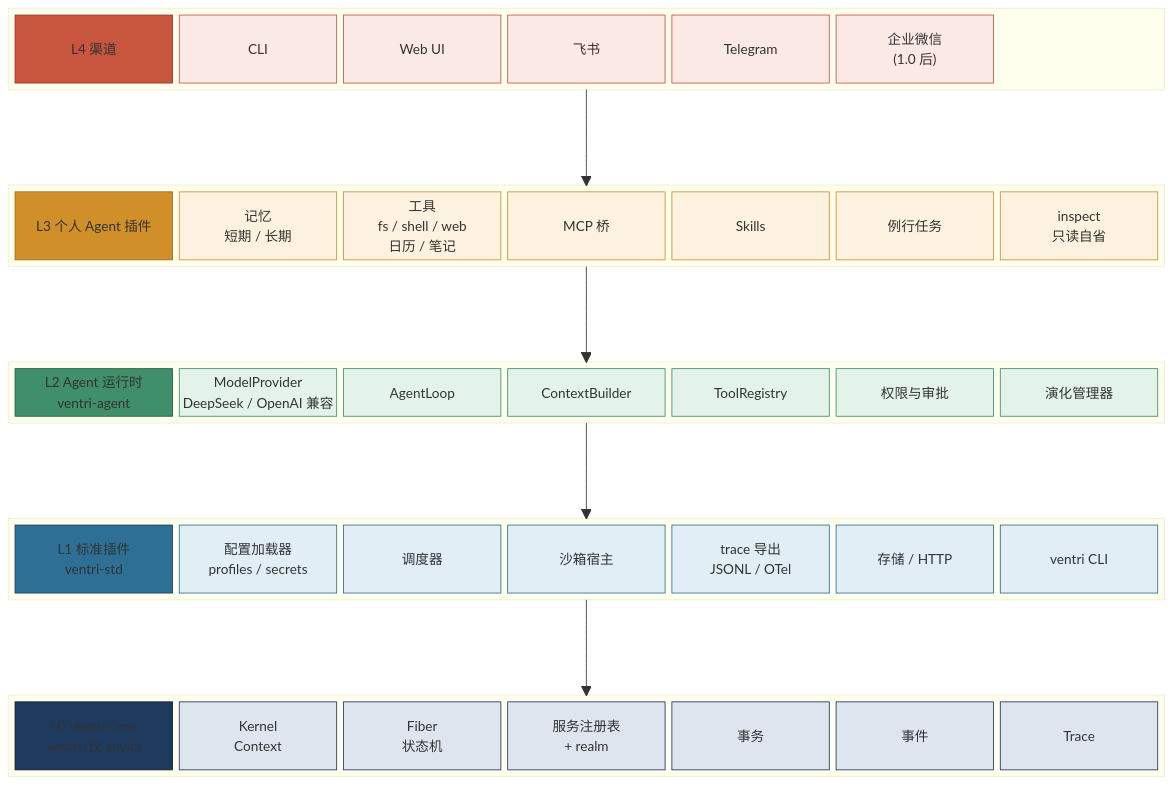
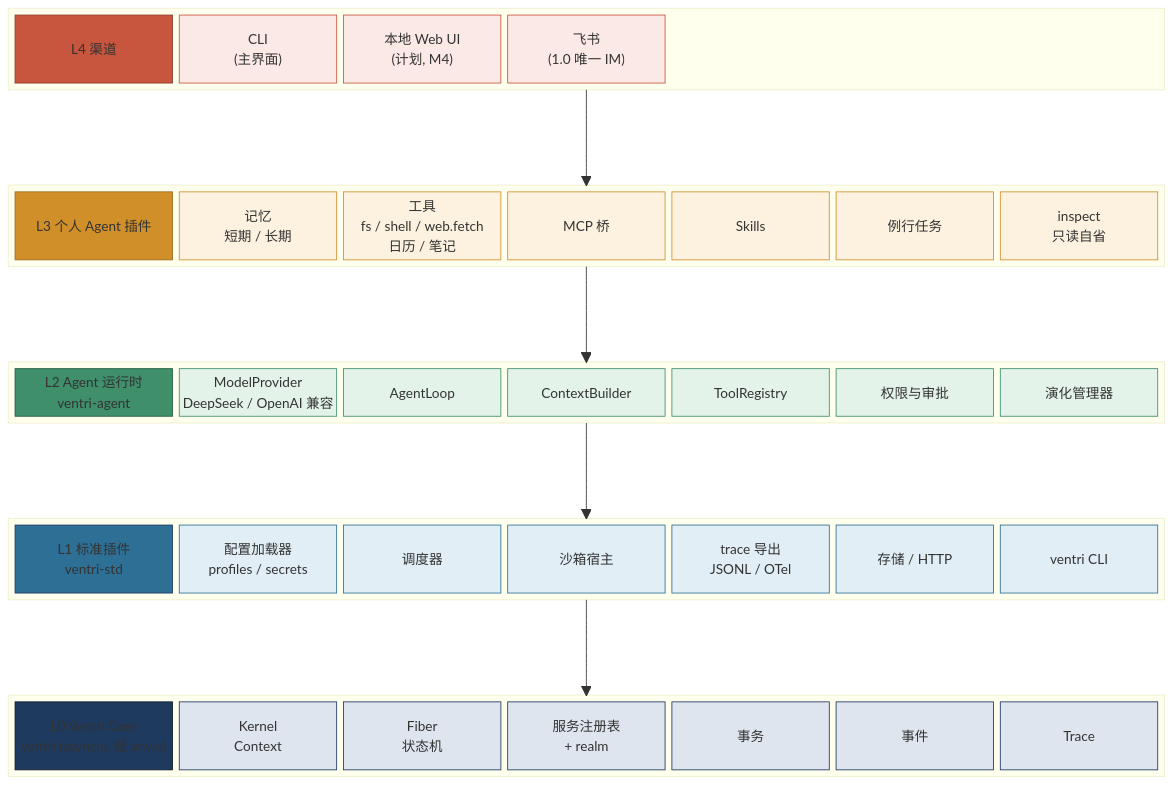
Before and after one commit to lzw12w/ventri: the first of 10 diagrams in docs/DESIGN.md, drawn with Mermaid. The commit also changed other lines of this file and 7 other files, not shown here.

Commit message:
docs+tests: resolve remaining decisions (Ventri Agent/va, no GitHub org, Feishu-only IM, web search deferred, asyncio-only); drop trio

````diff
--- a/docs/DESIGN.md
+++ b/docs/DESIGN.md
@@ -95,52 +95,52 @@
 ```mermaid
 block-beta
   columns 1
   block:L4
     columns 7
-    t4["L4 渠道"] cli["CLI"] web["Web UI"] fs4["飞书"] tg["Telegram"] wc["企业微信<br/>(1.0 后)"] space
+    t4["L4 渠道"] cli["CLI<br/>(主界面)"] web["本地 Web UI<br/>(计划, M4)"] fs4["飞书<br/>(1.0 唯一 IM)"] space space space
   end
   space
   block:L3
     columns 7
-    t3["L3 个人 Agent 插件"] mem["记忆<br/>短期 / 长期"] tools["工具<br/>fs / shell / web<br/>日历 / 笔记"] mcp["MCP 桥"] skills["Skills"] rt["例行任务"] insp["inspect<br/>只读自省"]
+    t3["L3 个人 Agent 插件"] mem["记忆<br/>短期 / 长期"] tools["工具<br/>fs / shell / web.fetch<br/>日历 / 笔记"] mcp["MCP 桥"] skills["Skills"] rt["例行任务"] insp["inspect<br/>只读自省"]
   end
   space
   block:L2
     columns 7
     t2["L2 Agent 运行时<br/>ventri-agent"] prov["ModelProvider<br/>DeepSeek / OpenAI 兼容"] loop["AgentLoop"] ctxb["ContextBuilder"] reg["ToolRegistry"] perm["权限与审批"] evo["演化管理器"]
   end
   space
   block:L1
     columns 7
     t1["L1 标准插件<br/>ventri-std"] cfg["配置加载器<br/>profiles / secrets"] sch["调度器"] sbx["沙箱宿主"] obs["trace 导出<br/>JSONL / OTel"] sto["存储 / HTTP"] vcli["ventri CLI"]
   end
   space
   block:L0
     columns 7
-    t0["L0 Ventri Core<br/>ventri (仅 anyio)"] k["Kernel<br/>Context"] f["Fiber<br/>状态机"] r["服务注册表<br/>+ realm"] t["事务"] e["事件"] tr["Trace"]
+    t0["L0 Ventri Core<br/>ventri (asyncio, 经 anyio)"] k["Kernel<br/>Context"] f["Fiber<br/>状态机"] r["服务注册表<br/>+ realm"] t["事务"] e["事件"] tr["Trace"]
   end
   L4 --> L3
   L3 --> L2
   L2 --> L1
   L1 --> L0
   classDef tag4 fill:#c8553d,color:#fff,stroke:#8f3a29
   classDef tag3 fill:#d18f2a,color:#fff,stroke:#9c6a1c
   classDef tag2 fill:#3f8f6b,color:#fff,stroke:#245c43
   classDef tag1 fill:#2e6f95,color:#fff,stroke:#1f3a5f
   classDef tag0 fill:#1f3a5f,color:#fff,stroke:#0d1b2a
   classDef c4 fill:#fbe9e5,stroke:#c8553d
   classDef c3 fill:#fdf2df,stroke:#d18f2a
   classDef c2 fill:#e3f3ea,stroke:#3f8f6b
   classDef c1 fill:#e1eef6,stroke:#2e6f95
   classDef c0 fill:#dfe5ef,stroke:#1f3a5f
   class t4 tag4
   class t3 tag3
   class t2 tag2
   class t1 tag1
   class t0 tag0
-  class cli,web,fs4,tg,wc c4
+  class cli,web,fs4 c4
   class mem,tools,mcp,skills,rt,insp c3
   class prov,loop,ctxb,reg,perm,evo c2
   class cfg,sch,sbx,obs,sto,vcli c1
   class k,f,r,t,e,tr c0
 ```
````
